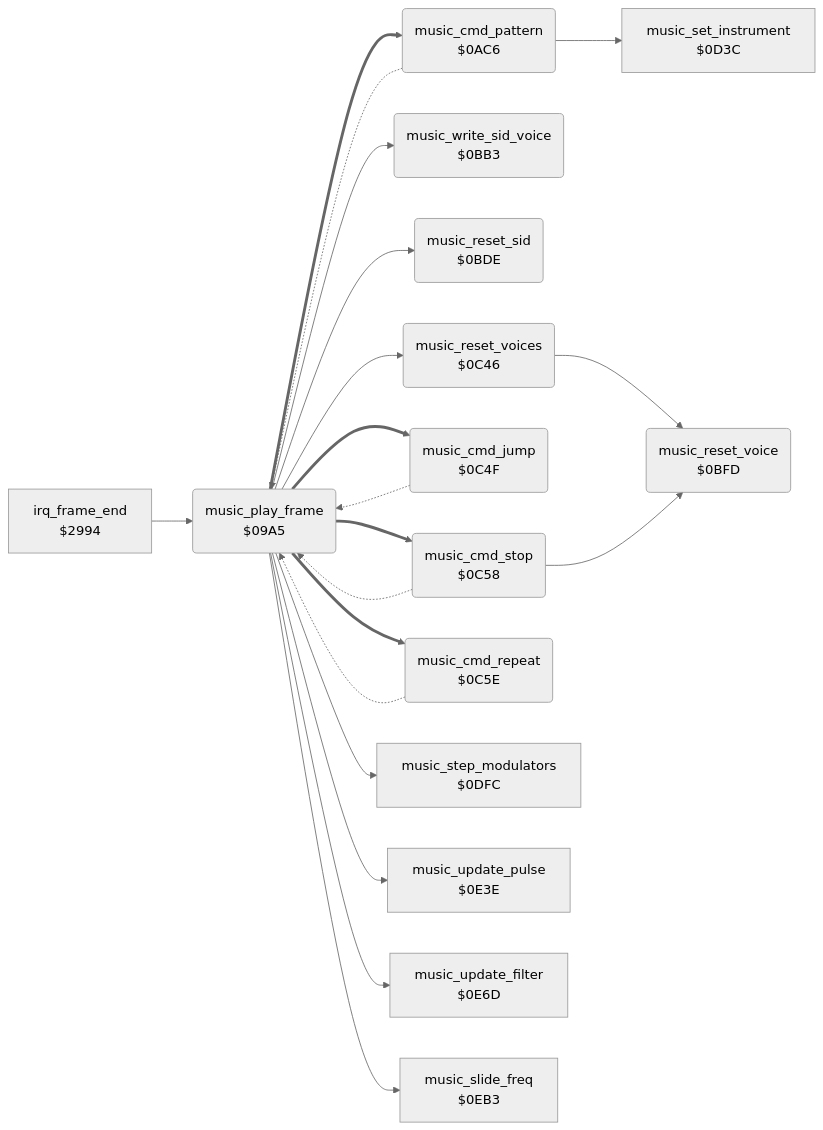
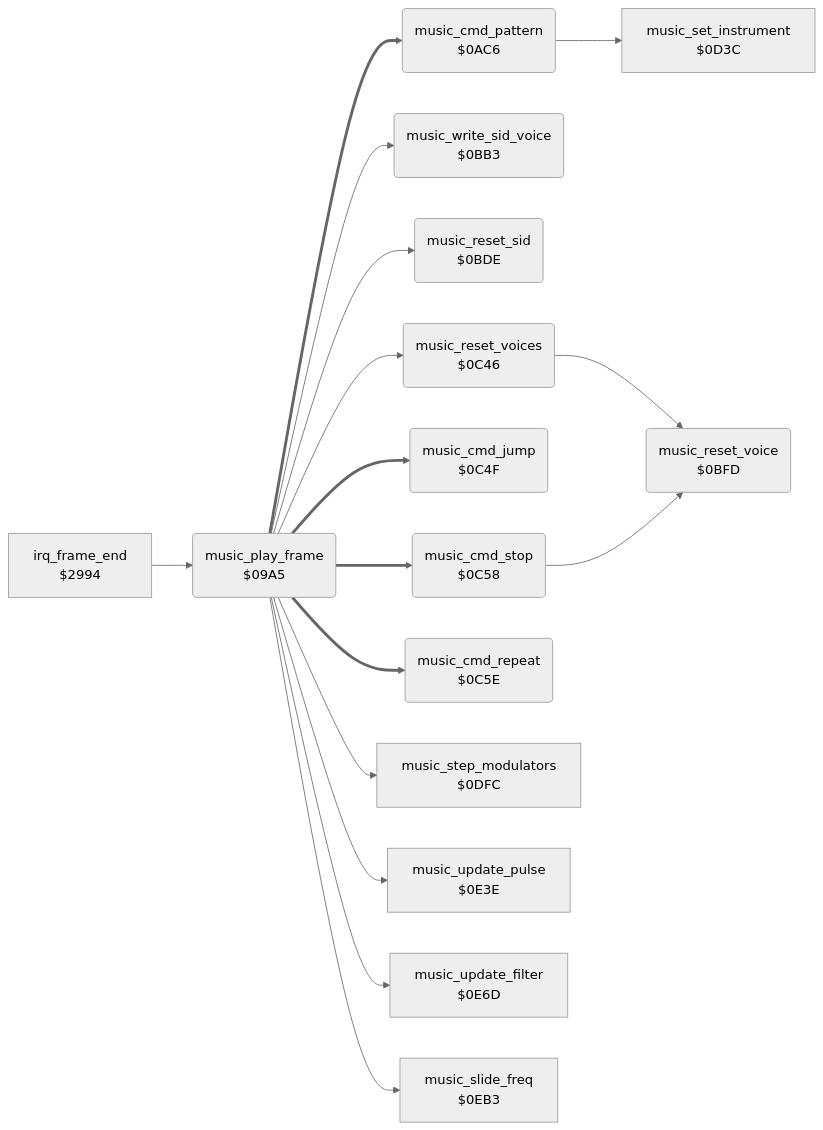
The diagram in exploding_fist/v1/docs/reference/modules/music/music_driver.md (henols/c64_games), drawn with Mermaid (neutral theme) before and after one commit. The commit also changed other lines of this file and 319 other files, not shown here.

````diff
--- a/exploding_fist/v1/docs/reference/modules/music/music_driver.md
+++ b/exploding_fist/v1/docs/reference/modules/music/music_driver.md
@@ -10,37 +24,33 @@
 ```mermaid
 flowchart LR
   n09a5("music_play_frame<br/>$09A5")
   n0ac6("music_cmd_pattern<br/>$0AC6")
   n0bb3("music_write_sid_voice<br/>$0BB3")
   n0bde("music_reset_sid<br/>$0BDE")
   n0bfd("music_reset_voice<br/>$0BFD")
   n0c46("music_reset_voices<br/>$0C46")
   n0c4f("music_cmd_jump<br/>$0C4F")
   n0c58("music_cmd_stop<br/>$0C58")
   n0c5e("music_cmd_repeat<br/>$0C5E")
   n0d3c["music_set_instrument<br/>$0D3C"]
   n0dfc["music_step_modulators<br/>$0DFC"]
   n0e3e["music_update_pulse<br/>$0E3E"]
   n0e6d["music_update_filter<br/>$0E6D"]
   n0eb3["music_slide_freq<br/>$0EB3"]
   n2994["irq_frame_end<br/>$2994"]
   n09a5 ==> n0ac6
   n09a5 --> n0bb3
   n09a5 --> n0bde
   n09a5 --> n0c46
   n09a5 ==> n0c4f
   n09a5 ==> n0c58
   n09a5 ==> n0c5e
   n09a5 --> n0dfc
   n09a5 --> n0e3e
   n09a5 --> n0e6d
   n09a5 --> n0eb3
-  n0ac6 -.-> n09a5
   n0ac6 --> n0d3c
   n0c46 --> n0bfd
-  n0c4f -.-> n09a5
-  n0c58 -.-> n09a5
   n0c58 --> n0bfd
-  n0c5e -.-> n09a5
   n2994 --> n09a5
 ```
````
